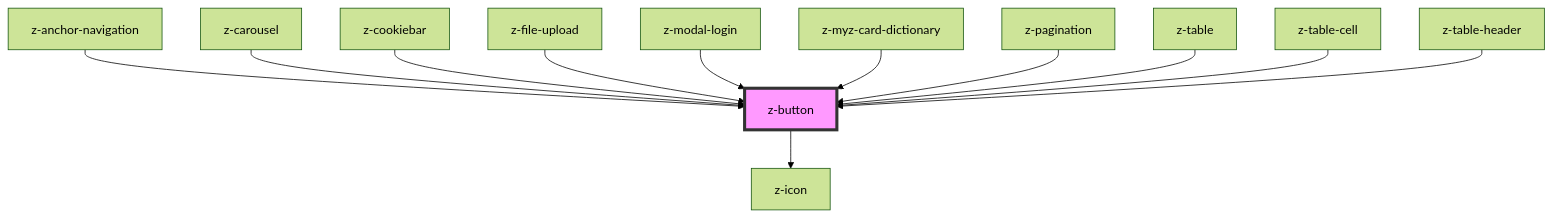
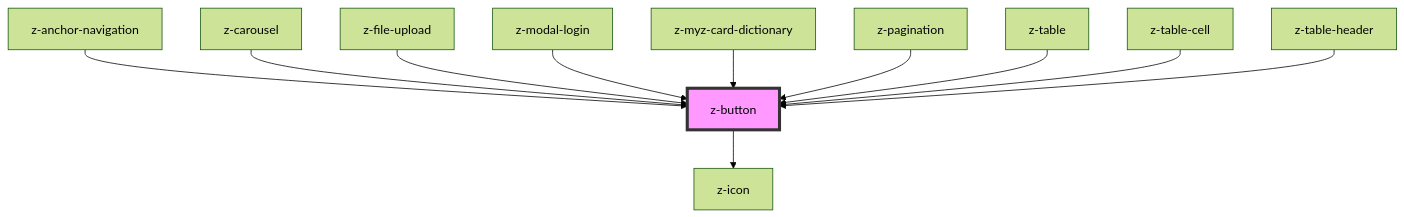
Before and after one commit to ZanichelliEditore/design-system: the diagram in src/components/buttons/z-button/readme.md, drawn with Mermaid (forest theme). The commit also changed other lines of this file and 8 other files, not shown here.

````diff
--- a/src/components/buttons/z-button/readme.md
+++ b/src/components/buttons/z-button/readme.md
@@ -127,15 +126,14 @@
 ```mermaid
 graph TD;
   z-button --> z-icon
   z-anchor-navigation --> z-button
   z-carousel --> z-button
-  z-cookiebar --> z-button
   z-file-upload --> z-button
   z-modal-login --> z-button
   z-myz-card-dictionary --> z-button
   z-pagination --> z-button
   z-table --> z-button
   z-table-cell --> z-button
   z-table-header --> z-button
   style z-button fill:#f9f,stroke:#333,stroke-width:4px
 ```
````
